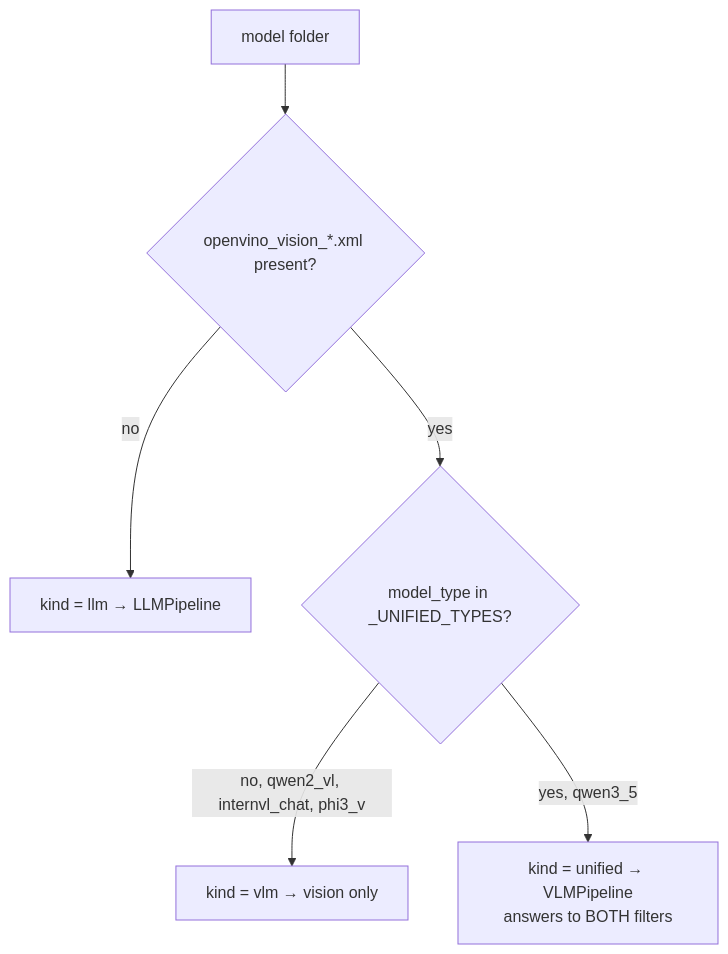
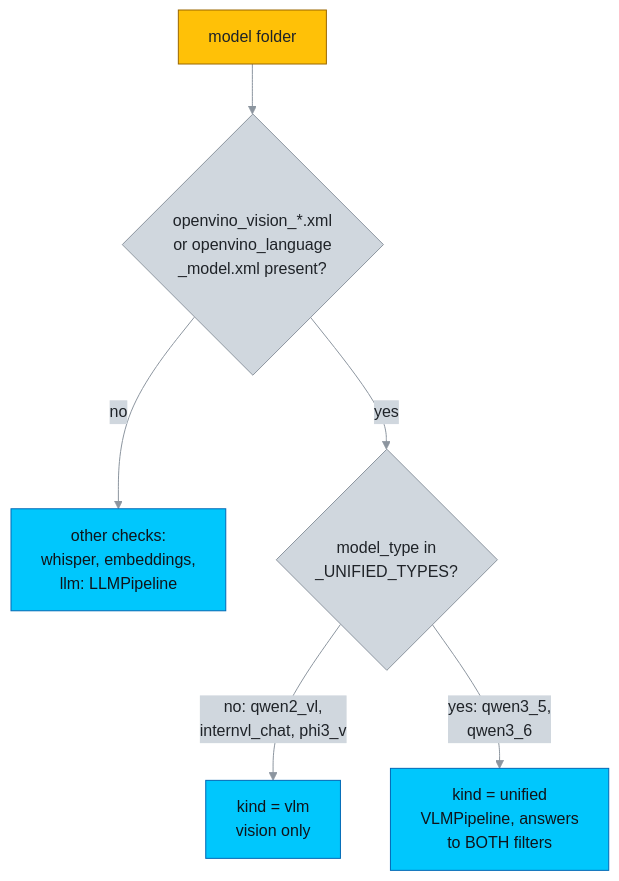
Before and after one commit to Lagmator22/ovat: the ninth of 11 diagrams in docs/ARCHITECTURE.md, drawn with Mermaid. The commit also changed other lines of this file and 1 other file, not shown here.

First line of the commit message:
docs: colour the Mermaid diagrams and fix labels that were cut off

````diff
--- a/docs/ARCHITECTURE.md
+++ b/docs/ARCHITECTURE.md
@@ -783,8 +883,16 @@
 ```mermaid
+%%{init: {"theme": "base", "themeVariables": {"primaryColor": "#D0D7DE", "primaryTextColor": "#1F2328", "primaryBorderColor": "#8C959F", "lineColor": "#8C959F", "textColor": "#1F2328", "edgeLabelBackground": "#D0D7DE", "clusterBkg": "transparent", "clusterBorder": "#7A8CA0", "titleColor": "#7A8CA0"}}}%%
 flowchart TD
-    F["model folder"] --> C{"openvino_vision_*.xml present?"}
-    C -->|"no"| L["kind = llm → LLMPipeline"]
-    C -->|"yes"| M{"model_type in _UNIFIED_TYPES?"}
-    M -->|"no, qwen2_vl, internvl_chat, phi3_v"| V["kind = vlm → vision only"]
-    M -->|"yes, qwen3_5"| U["kind = unified → VLMPipeline<br/>answers to BOTH filters"]
+    F["model folder"] --> C{"openvino_vision_*.xml<br/>or openvino_language<br/>_model.xml present?"}
+    C -->|"no"| L["other checks:<br/>whisper, embeddings,<br/>llm: LLMPipeline"]
+    C -->|"yes"| M{"model_type in<br/>_UNIFIED_TYPES?"}
+    M -->|"no: qwen2_vl,<br/>internvl_chat, phi3_v"| V["kind = vlm<br/>vision only"]
+    M -->|"yes: qwen3_5,<br/>qwen3_6"| U["kind = unified<br/>VLMPipeline, answers<br/>to BOTH filters"]
+
+    classDef config fill:#FFC107,stroke:#9A6700,color:#1F2328
+    classDef backend fill:#00C7FD,stroke:#0068B5,color:#0F141A
+    classDef step fill:#D0D7DE,stroke:#8C959F,color:#1F2328
+    class F config
+    class C,M step
+    class L,V,U backend
 ```
````
